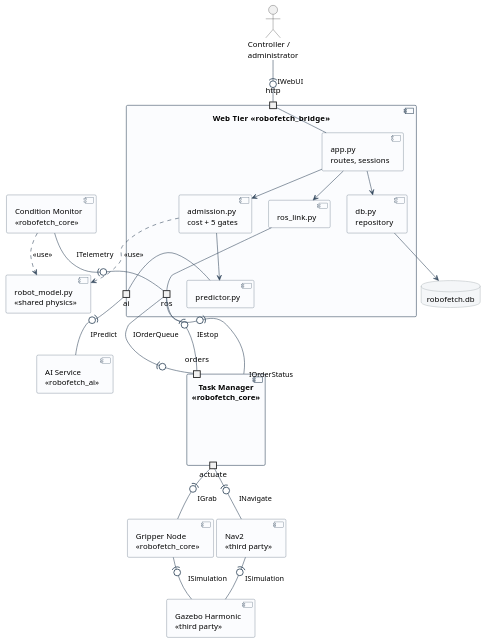
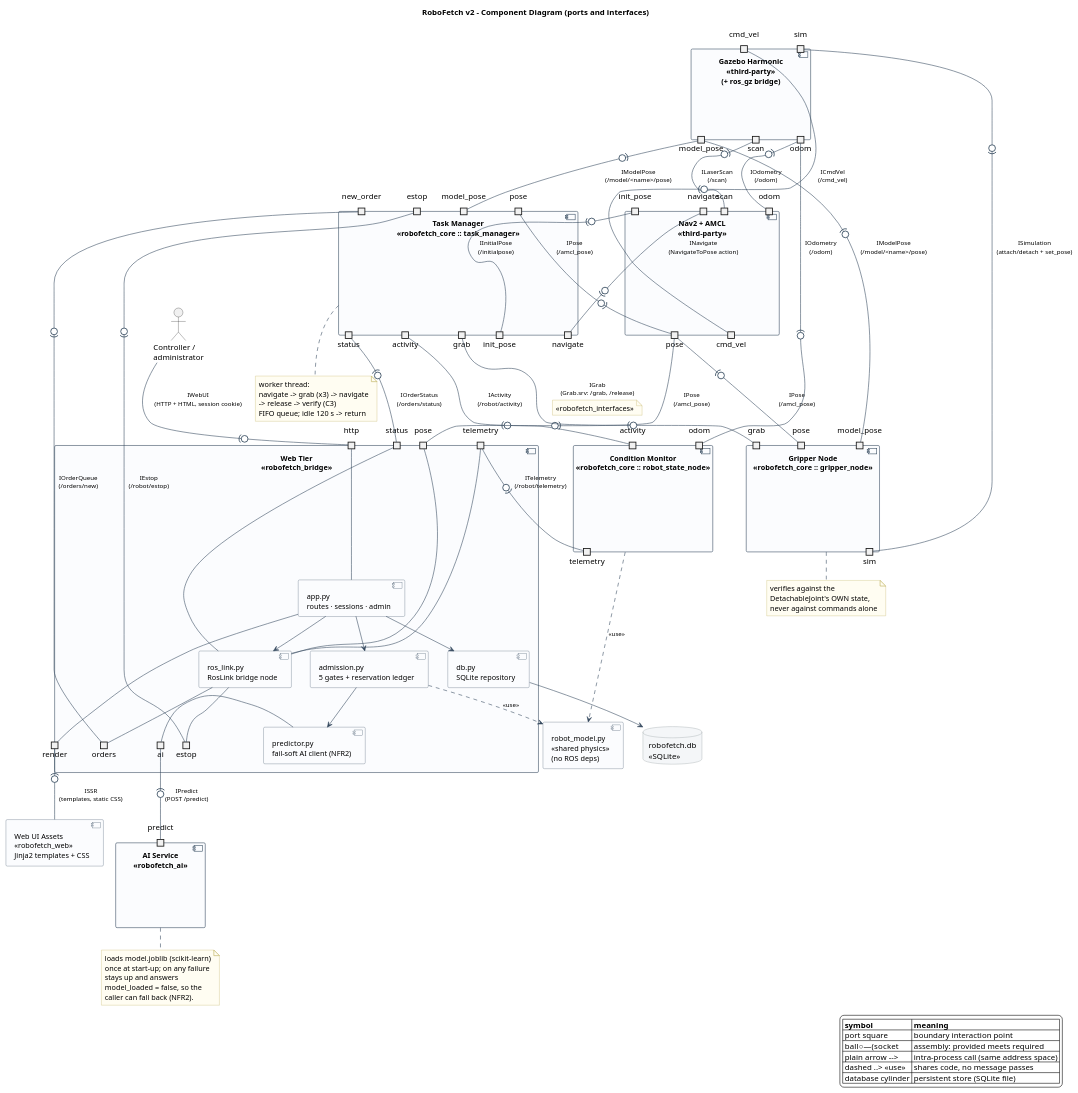
The diagram in report/uml/08-component.puml (ArianShafagh/robofetch), drawn with PlantUML before and after one commit. The commit also changed other lines of this file and 20 other files, not shown here.

First line of the commit message:
Add simplified UML diagram for order admission process and script to toggle AI service

```diff
--- a/report/uml/08-component.puml
+++ b/report/uml/08-component.puml
@@ -15,71 +25,177 @@
 @startuml
+title RoboFetch v2 - Component Diagram (ports and interfaces)
+
 skinparam backgroundColor White
 skinparam shadowing false
 skinparam componentStyle uml2
-skinparam nodesep 30
-skinparam ranksep 42
+skinparam nodesep 34
+skinparam ranksep 46
 skinparam component {
   BackgroundColor #FBFCFE
   BorderColor #34495E
   ArrowColor #34495E
+  FontSize 13
 }
 skinparam interface {
   BackgroundColor #FFFFFF
   BorderColor #34495E
 }
 skinparam database {
   BackgroundColor #F4F6F8
   BorderColor #7F8C8D
 }
+skinparam note {
+  BackgroundColor #FFFDF2
+  BorderColor #B8A94E
+}
+skinparam ArrowFontSize 11
 
 actor "Controller /\nadministrator" as USER
 
-component "Web Tier   <<robofetch_bridge>>" as WEB {
-  portin  "http" as p_http
-  portout "ai"   as p_ai
-  portout "ros"  as p_ros
+' --------------------------------------------------------------- Web Tier
+component "Web Tier\n<<robofetch_bridge>>" as WEB {
+  portin  "http"      as p_http
+  portout "render"    as p_render
+  portout "ai"        as p_ai
+  portout "orders"    as p_orders
+  portout "estop"     as p_stopOut
+  portin  "status"    as p_statusIn
+  portin  "telemetry" as p_telIn
+  portin  "pose"      as p_poseWeb
 
-  [app.py\nroutes, sessions] as APP
-  [admission.py\ncost + 5 gates] as ADM
-  [db.py\nrepository] as DBR
-  [predictor.py] as PRED
-  [ros_link.py] as LINK
+  [app.py\nroutes · sessions · admin] as APP
+  [admission.py\n5 gates + reservation ledger] as ADM
+  [db.py\nSQLite repository] as DBR
+  [predictor.py\nfail-soft AI client (NFR2)] as PRED
+  [ros_link.py\nRosLink bridge node] as LINK
 
-  p_http -- APP
+  p_http   -- APP
+  p_render -- APP
   APP --> DBR
   APP --> ADM
   APP --> LINK
   ADM --> PRED
-  PRED -- p_ai
-  LINK -- p_ros
+  PRED     -- p_ai
+  LINK     -- p_orders
+  LINK     -- p_stopOut
+  LINK     -- p_statusIn
+  LINK     -- p_telIn
+  LINK     -- p_poseWeb
 }
 
-database "robofetch.db" as SQLITE
-component "AI Service\n<<robofetch_ai>>" as AI
-component "Task Manager\n<<robofetch_core>>" as TM {
-  portin  "orders"  as p_orders
-  portout "actuate" as p_act
+component "Web UI Assets\n<<robofetch_web>>\nJinja2 templates + CSS" as WEBUI
+component "robot_model.py\n<<shared physics>>\n(no ROS deps)" as RM
+database  "robofetch.db\n<<SQLite>>" as SQLITE
+
+component "AI Service\n<<robofetch_ai>>" as AI {
+  portin "predict" as p_predict
 }
-component "Condition Monitor\n<<robofetch_core>>" as RSN
-component "Gripper Node\n<<robofetch_core>>" as GN
-component "Nav2\n<<third party>>" as NAV
-component "Gazebo Harmonic\n<<third party>>" as GZ
-component "robot_model.py\n<<shared physics>>" as RM
+note bottom of AI
+  loads model.joblib (scikit-learn)
+  once at start-up; on any failure
+  stays up and answers
+  model_loaded = false, so the
+  caller can fall back (NFR2).
+end note
 
-' ------------------------------------------------------ assembly connectors
-USER -(0- p_http : IWebUI
-p_ai -(0- AI : IPredict
-p_ros -(0-  p_orders : IOrderQueue
-p_ros -(0-  p_orders : IEstop
-TM   -(0- p_ros : IOrderStatus
-RSN  -(0- p_ros : ITelemetry
-p_act -(0- GN  : IGrab
-p_act -(0- NAV : INavigate
-GN  -(0- GZ : ISimulation
-NAV -(0- GZ : ISimulation
+' --------------------------------------------------------------- Task Manager
+component "Task Manager\n<<robofetch_core :: task_manager>>" as TM {
+  portin  "new_order"   as p_new
+  portin  "estop"       as p_stopIn
+  portin  "pose"        as p_poseTM
+  portin  "model_pose"  as p_mposeTM
+  portout "status"      as p_statusOut
+  portout "activity"    as p_activityOut
+  portout "grab"        as p_grabOut
+  portout "navigate"    as p_navOut
+  portout "init_pose"   as p_initOut
+}
+note bottom of TM
+  worker thread:
+  navigate -> grab (x3) -> navigate
+  -> release -> verify (C3)
+  FIFO queue; idle 120 s -> return
+end note
 
+component "Condition Monitor\n<<robofetch_core :: robot_state_node>>" as RSN {
+  portin  "odom"      as p_odomIn
+  portin  "activity"  as p_activityIn
+  portout "telemetry" as p_telOut
+}
+
+component "Gripper Node\n<<robofetch_core :: gripper_node>>" as GN {
+  portin  "grab"       as p_grabIn
+  portin  "pose"       as p_poseGN
+  portin  "model_pose" as p_mposeGN
+  portout "sim"        as p_simOut
+}
+note bottom of GN
+  verifies against the
+  DetachableJoint's OWN state,
+  never against commands alone
+end note
+
+component "Nav2 + AMCL\n<<third-party>>" as NAV {
+  portin  "navigate"    as p_navIn
+  portin  "init_pose"   as p_initIn
+  portin  "odom"        as p_odomReq
+  portin  "scan"        as p_scanReq
+  portout "pose"        as p_poseOut
+  portout "cmd_vel"     as p_cmdOut
+}
+
+component "Gazebo Harmonic\n<<third-party>>\n(+ ros_gz bridge)" as GZ {
+  portout "odom"       as p_odomOut
+  portout "scan"       as p_scanOut
+  portin  "cmd_vel"    as p_cmdIn
+  portin  "sim"        as p_simIn
+  portout "model_pose" as p_mposeOut
+}
+
+' ============================================================ interfaces
+' Named after the real topic / action / service each one carries.
+
+USER      -(0- p_http     : IWebUI\n(HTTP + HTML, session cookie)
+p_render  -(0- WEBUI      : ISSR\n(templates, static CSS)
+p_ai      -(0- p_predict  : IPredict\n(POST /predict)
+
+p_orders  -(0- p_new      : IOrderQueue\n(/orders/new)
+p_stopOut -(0- p_stopIn   : IEstop\n(/robot/estop)
+p_statusOut -(0- p_statusIn : IOrderStatus\n(/orders/status)
+p_activityOut -(0- p_activityIn : IActivity\n(/robot/activity)
+p_telOut  -(0- p_telIn    : ITelemetry\n(/robot/telemetry)
+
+p_navOut  -(0- p_navIn    : INavigate\n(NavigateToPose action)
+p_initOut -(0- p_initIn   : IInitialPose\n(/initialpose)
+p_poseOut -(0- p_poseTM   : IPose\n(/amcl_pose)
+p_poseOut -(0- p_poseGN   : IPose\n(/amcl_pose)
+p_poseOut -(0- p_poseWeb  : IPose\n(/amcl_pose)
+
+p_grabOut -(0- p_grabIn   : IGrab\n(Grab.srv: ~/grab, ~/release)
+note on link
+  <<robofetch_interfaces>>
+end note
+
+p_odomOut -(0- p_odomReq  : IOdometry\n(/odom)
+p_odomOut -(0- p_odomIn   : IOdometry\n(/odom)
+p_scanOut -(0- p_scanReq  : ILaserScan\n(/scan)
+p_cmdOut  -(0- p_cmdIn    : ICmdVel\n(/cmd_vel)
+p_simOut  -(0- p_simIn    : ISimulation\n(attach/detach + set_pose)
+p_mposeOut -(0- p_mposeGN : IModelPose\n(/model/<name>/pose)
+p_mposeOut -(0- p_mposeTM : IModelPose\n(/model/<name>/pose)
+
+' ============================================================ plain dependencies
 DBR --> SQLITE
 ADM ..> RM : <<use>>
 RSN ..> RM : <<use>>
 
+legend right
+  |= symbol |= meaning |
+  | port square | boundary interaction point |
+  | ball○—(socket | assembly: provided meets required |
+  | plain arrow --> | intra-process call (same address space) |
+  | dashed ..> <<use>> | shares code, no message passes |
+  | database cylinder | persistent store (SQLite file) |
+endlegend
+
 @enduml
```
